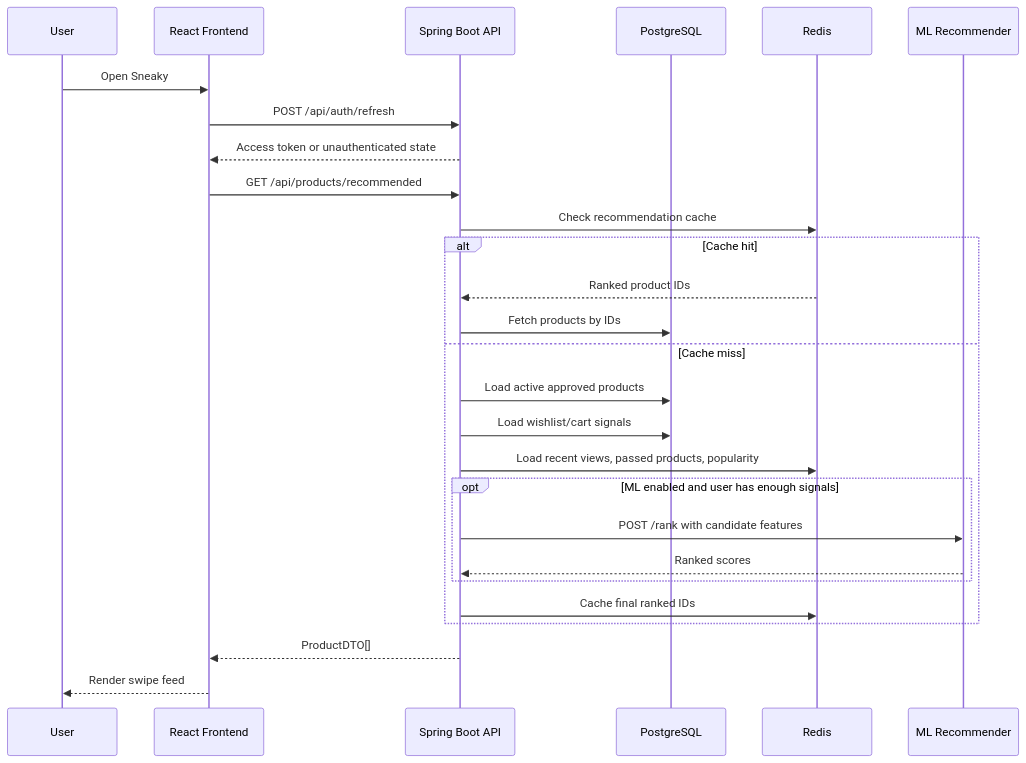
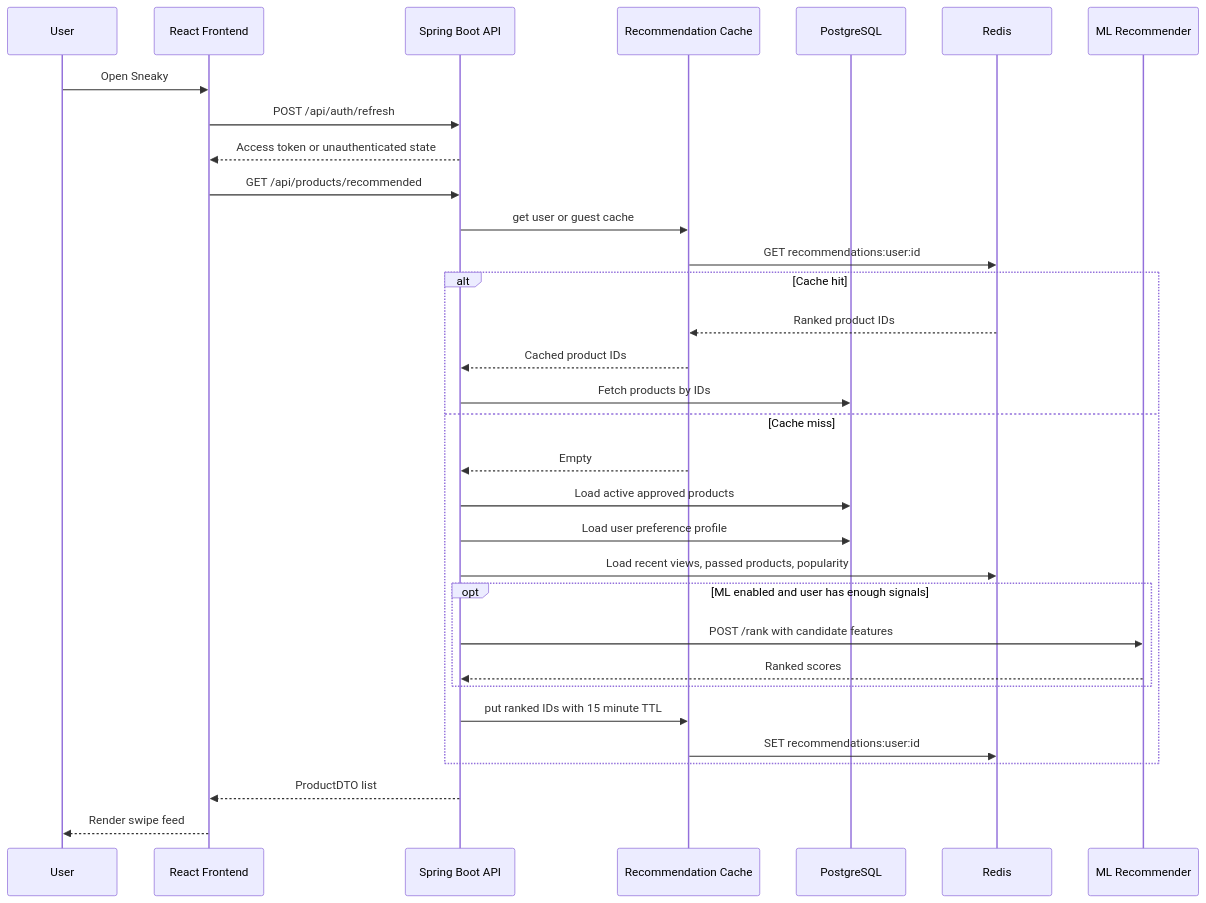
Before and after one commit to BINIT-Nayak/Sneaky: the second of 11 diagrams in docs/hld-lld-diagrams.md, drawn with Mermaid. The commit also changed other lines of this file and 2 other files, not shown here.

````diff
--- a/docs/hld-lld-diagrams.md
+++ b/docs/hld-lld-diagrams.md
@@ -28,33 +42,38 @@
 ```mermaid
 sequenceDiagram
     participant U as User
     participant FE as React Frontend
     participant API as Spring Boot API
+    participant C as Recommendation Cache
     participant DB as PostgreSQL
     participant R as Redis
     participant ML as ML Recommender
 
     U->>FE: Open Sneaky
     FE->>API: POST /api/auth/refresh
     API-->>FE: Access token or unauthenticated state
 
     FE->>API: GET /api/products/recommended
-    API->>R: Check recommendation cache
+    API->>C: get user or guest cache
+    C->>R: GET recommendations:user:id
 
     alt Cache hit
-        R-->>API: Ranked product IDs
+        R-->>C: Ranked product IDs
+        C-->>API: Cached product IDs
         API->>DB: Fetch products by IDs
     else Cache miss
+        C-->>API: Empty
         API->>DB: Load active approved products
-        API->>DB: Load wishlist/cart signals
+        API->>DB: Load user preference profile
         API->>R: Load recent views, passed products, popularity
         opt ML enabled and user has enough signals
             API->>ML: POST /rank with candidate features
             ML-->>API: Ranked scores
         end
-        API->>R: Cache final ranked IDs
+        API->>C: put ranked IDs with 15 minute TTL
+        C->>R: SET recommendations:user:id
     end
 
-    API-->>FE: ProductDTO[]
+    API-->>FE: ProductDTO list
     FE-->>U: Render swipe feed
 ```
````
